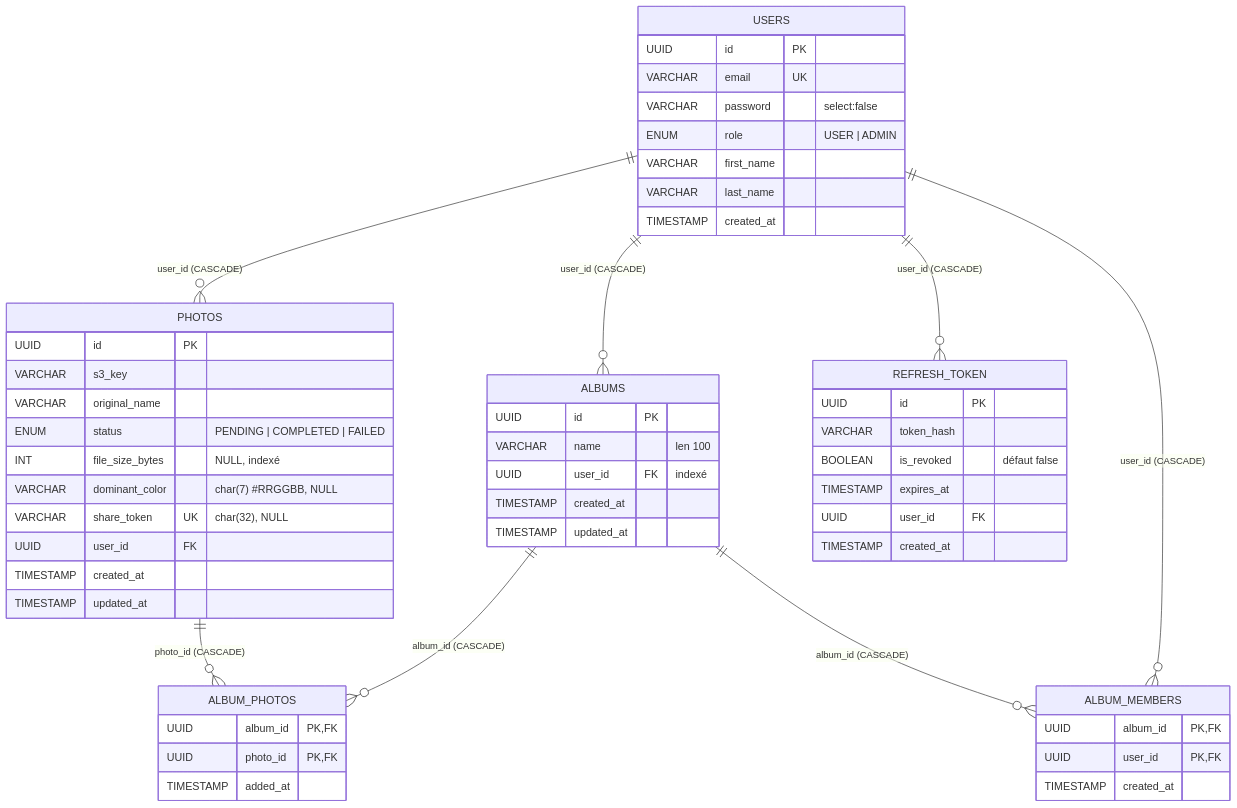
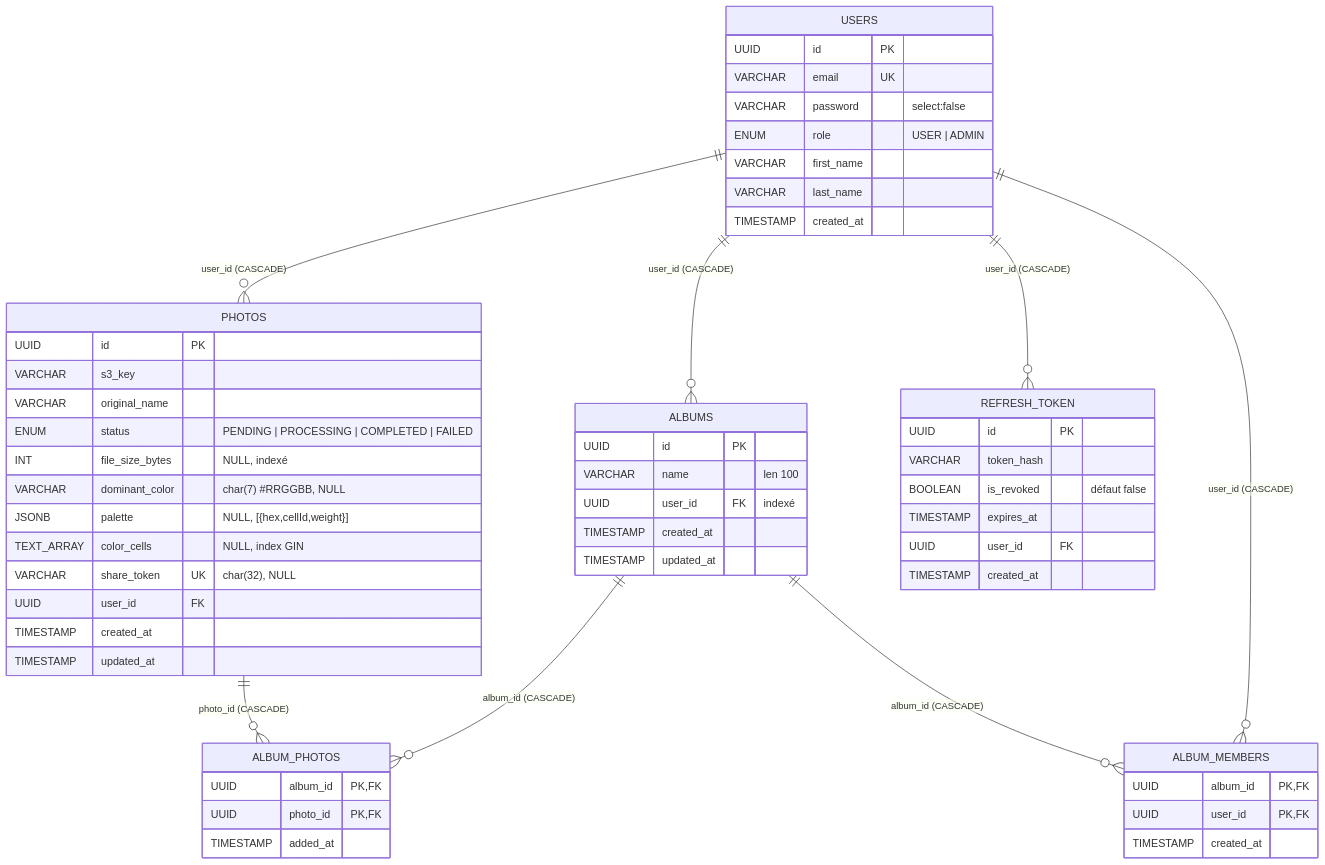
Before and after one commit to TonyMascate/fil_rouge_plateforme: the second of 3 diagrams in docs/modelisation-donnees.md, drawn with Mermaid. The commit also changed other lines of this file and 43 other files, not shown here.

````diff
--- a/docs/modelisation-donnees.md
+++ b/docs/modelisation-donnees.md
@@ -105,57 +107,59 @@
 ```mermaid
 erDiagram
     USERS {
         UUID id PK
         VARCHAR email UK
         VARCHAR password "select:false"
         ENUM role "USER | ADMIN"
         VARCHAR first_name
         VARCHAR last_name
         TIMESTAMP created_at
     }
     PHOTOS {
         UUID id PK
         VARCHAR s3_key
         VARCHAR original_name
-        ENUM status "PENDING | COMPLETED | FAILED"
+        ENUM status "PENDING | PROCESSING | COMPLETED | FAILED"
         INT file_size_bytes "NULL, indexé"
         VARCHAR dominant_color "char(7) #RRGGBB, NULL"
+        JSONB palette "NULL, [{hex,cellId,weight}]"
+        TEXT_ARRAY color_cells "NULL, index GIN"
         VARCHAR share_token UK "char(32), NULL"
         UUID user_id FK
         TIMESTAMP created_at
         TIMESTAMP updated_at
     }
     ALBUMS {
         UUID id PK
         VARCHAR name "len 100"
         UUID user_id FK "indexé"
         TIMESTAMP created_at
         TIMESTAMP updated_at
     }
     ALBUM_PHOTOS {
         UUID album_id PK, FK
         UUID photo_id PK, FK
         TIMESTAMP added_at
     }
     ALBUM_MEMBERS {
         UUID album_id PK, FK
         UUID user_id PK, FK
         TIMESTAMP created_at
     }
     REFRESH_TOKEN {
         UUID id PK
         VARCHAR token_hash
         BOOLEAN is_revoked "défaut false"
         TIMESTAMP expires_at
         UUID user_id FK
         TIMESTAMP created_at
     }
 
     USERS  ||--o{ PHOTOS        : "user_id (CASCADE)"
     USERS  ||--o{ ALBUMS        : "user_id (CASCADE)"
     USERS  ||--o{ REFRESH_TOKEN : "user_id (CASCADE)"
     ALBUMS ||--o{ ALBUM_PHOTOS  : "album_id (CASCADE)"
     PHOTOS ||--o{ ALBUM_PHOTOS  : "photo_id (CASCADE)"
     ALBUMS ||--o{ ALBUM_MEMBERS : "album_id (CASCADE)"
     USERS  ||--o{ ALBUM_MEMBERS : "user_id (CASCADE)"
 ```
````
